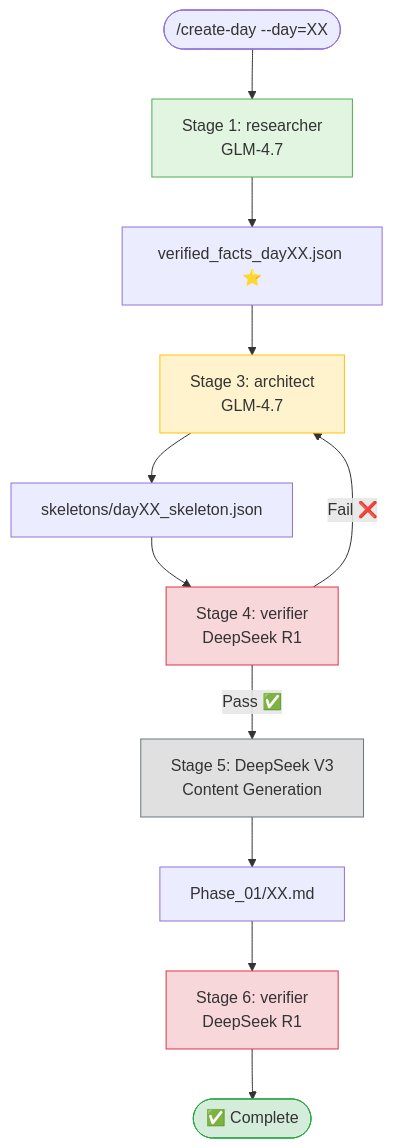
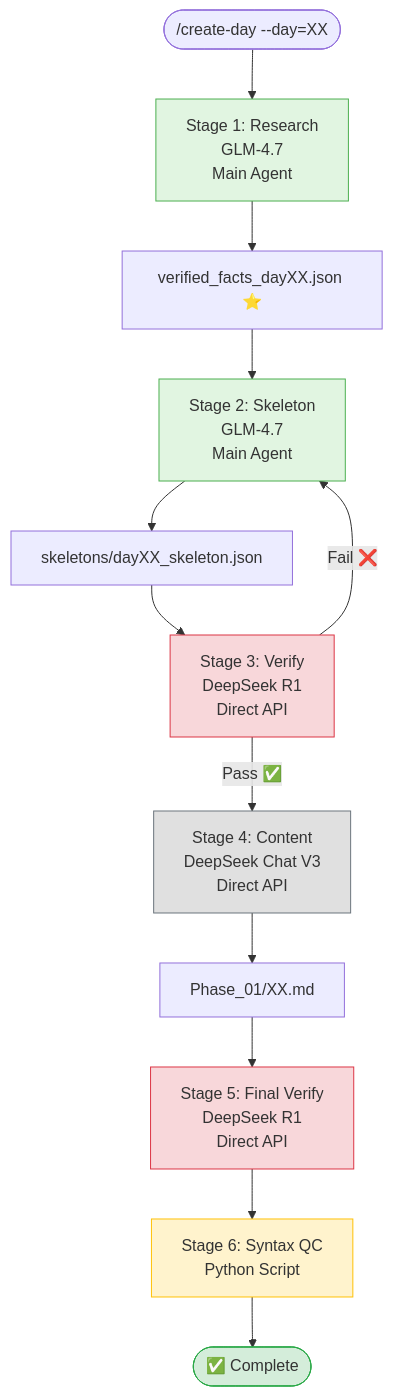
Before and after one commit to wramet/build-my-cfd: the diagram in .claude/skills/content-creation/SKILL.md, drawn with Mermaid. The commit also changed other lines of this file and 2 other files, not shown here.

First line of the commit message:
fix: implement direct DeepSeek API integration to bypass Task tool Lazy Delegation

````diff
--- a/.claude/skills/content-creation/SKILL.md
+++ b/.claude/skills/content-creation/SKILL.md
@@ -414,20 +376,22 @@
 ```mermaid
 flowchart TD
-    Start([/create-day --day=XX]) --> R[Stage 1: researcher<br/>GLM-4.7]
-    R --> F[verified_facts_dayXX.json ⭐]
-    F --> A[Stage 3: architect<br/>GLM-4.7]
-    A --> S[skeletons/dayXX_skeleton.json]
-    S --> V1[Stage 4: verifier<br/>DeepSeek R1]
-    V1 -->|Pass ✅| D[Stage 5: DeepSeek V3<br/>Content Generation]
-    V1 -->|Fail ❌| A
+    Start([/create-day --day=XX]) --> R1[Stage 1: Research<br/>GLM-4.7<br/>Main Agent]
+    R1 --> F[verified_facts_dayXX.json ⭐]
+    F --> R2[Stage 2: Skeleton<br/>GLM-4.7<br/>Main Agent]
+    R2 --> S[skeletons/dayXX_skeleton.json]
+    S --> V1[Stage 3: Verify<br/>DeepSeek R1<br/>Direct API]
+    V1 -->|Pass ✅| D[Stage 4: Content<br/>DeepSeek Chat V3<br/>Direct API]
+    V1 -->|Fail ❌| R2
     D --> C[Phase_01/XX.md]
-    C --> V2[Stage 6: verifier<br/>DeepSeek R1]
-    V2 --> Done([✅ Complete])
+    C --> V2[Stage 5: Final Verify<br/>DeepSeek R1<br/>Direct API]
+    V2 --> QC[Stage 6: Syntax QC<br/>Python Script]
+    QC --> Done([✅ Complete])
 
-    style R fill:#e1f5e1,stroke:#4caf50
-    style A fill:#fff3cd,stroke:#ffc107
+    style R1 fill:#e1f5e1,stroke:#4caf50
+    style R2 fill:#e1f5e1,stroke:#4caf50
     style V1 fill:#f8d7da,stroke:#dc3545
     style V2 fill:#f8d7da,stroke:#dc3545
     style D fill:#e0e0e0,stroke:#6c757d
+    style QC fill:#fff3cd,stroke:#ffc107
     style Done fill:#d4edda,stroke:#28a745
 ```
````
